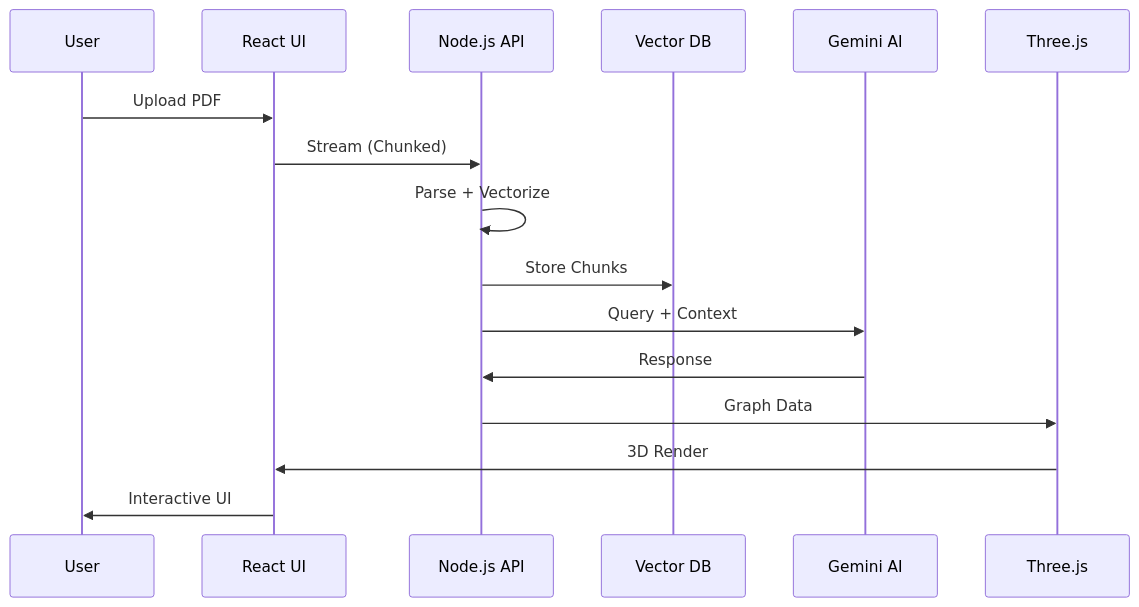
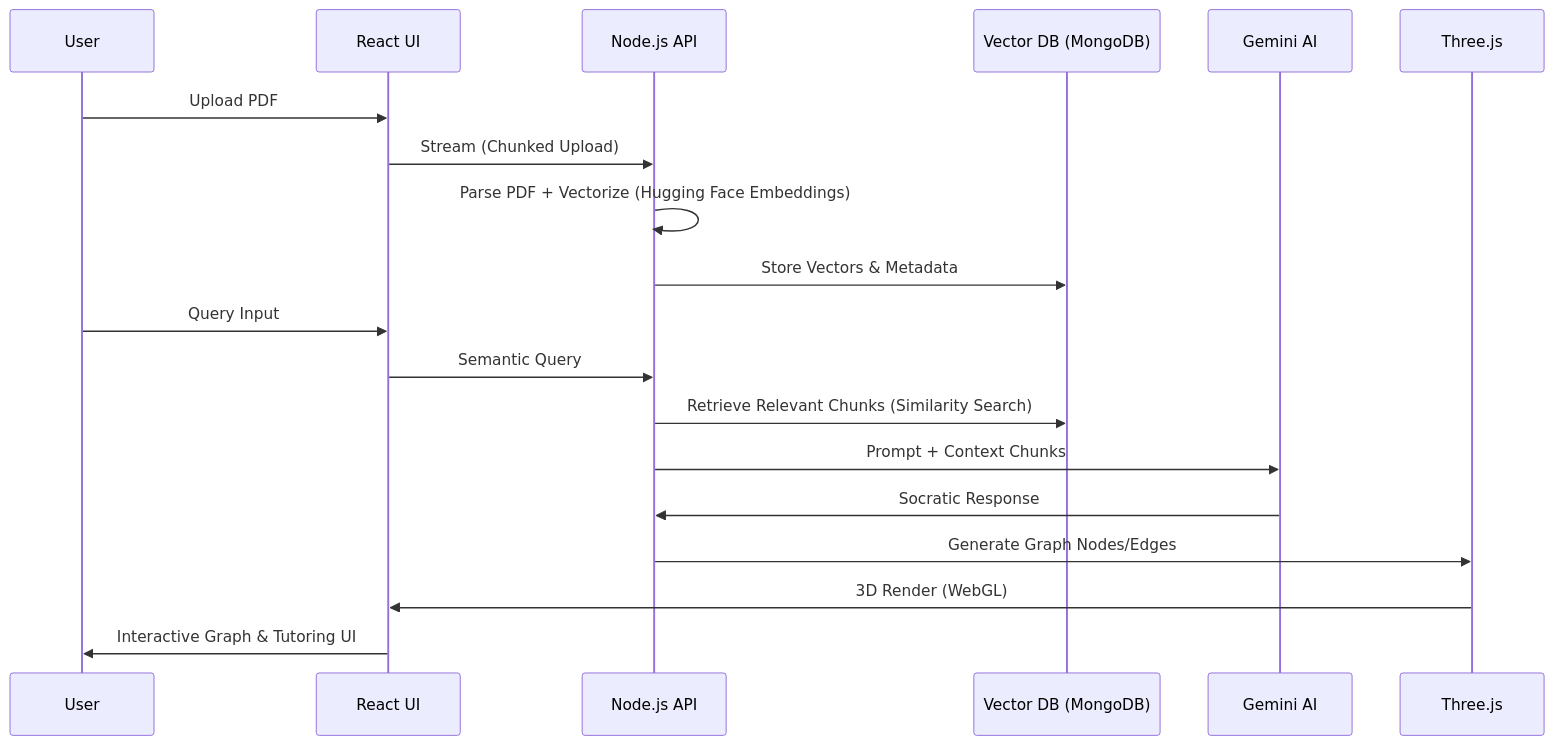
Before and after one commit to hareeshkar/hareeshkar: the first of 6 diagrams in README.md, drawn with Mermaid. The commit also changed other lines of this file, not shown here.

````diff
--- a/README.md
+++ b/README.md
@@ -189,19 +75,21 @@
 ```mermaid
 sequenceDiagram
     participant U as User
     participant F as React UI
     participant N as Node.js API
-    participant V as Vector DB
+    participant V as Vector DB (MongoDB)
     participant G as Gemini AI
     participant T as Three.js
-
     U->>F: Upload PDF
-    F->>N: Stream (Chunked)
-    N->>N: Parse + Vectorize
-    N->>V: Store Chunks
-    N->>G: Query + Context
-    G->>N: Response
-    N->>T: Graph Data
-    T->>F: 3D Render
-    F->>U: Interactive UI
+    F->>N: Stream (Chunked Upload)
+    N->>N: Parse PDF + Vectorize (Hugging Face Embeddings)
+    N->>V: Store Vectors & Metadata
+    U->>F: Query Input
+    F->>N: Semantic Query
+    N->>V: Retrieve Relevant Chunks (Similarity Search)
+    N->>G: Prompt + Context Chunks
+    G->>N: Socratic Response
+    N->>T: Generate Graph Nodes/Edges
+    T->>F: 3D Render (WebGL)
+    F->>U: Interactive Graph & Tutoring UI
 ```
````
